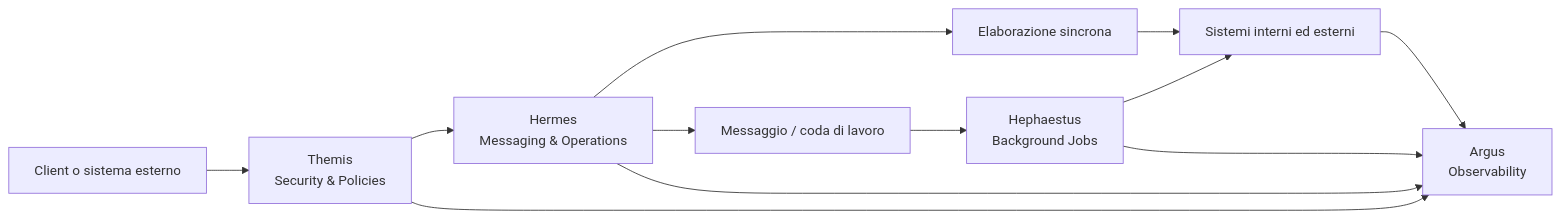
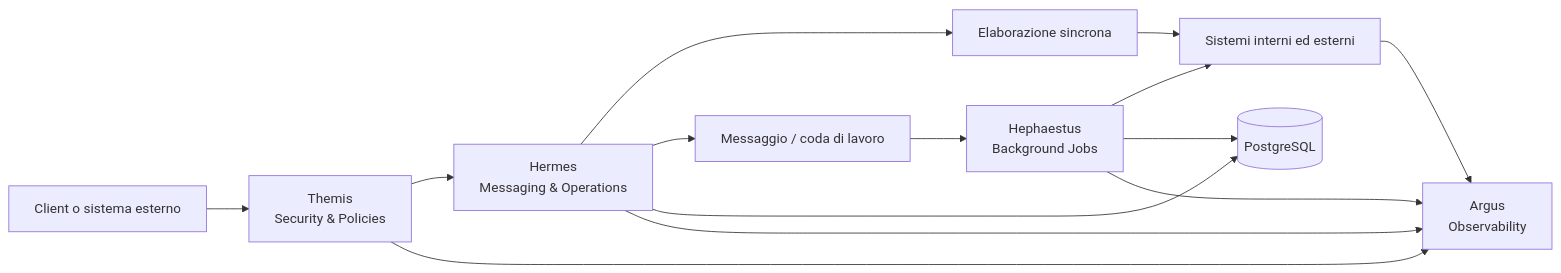
The first of 2 diagrams in README.md (VincenzoMatonti/PantheonOperationPlatform), drawn with Mermaid before and after one commit. The commit also changed other lines of this file, not shown here.

````diff
--- a/README.md
+++ b/README.md
@@ -57,15 +58,17 @@
 ```mermaid
 flowchart LR
     Consumer[Client o sistema esterno] --> Themis[Themis\nSecurity & Policies]
     Themis --> Hermes[Hermes\nMessaging & Operations]
     Hermes --> Sync[Elaborazione sincrona]
     Hermes --> Queue[Messaggio / coda di lavoro]
     Queue --> Hephaestus[Hephaestus\nBackground Jobs]
     Hephaestus --> Target[Sistemi interni ed esterni]
     Sync --> Target
 
+    Hermes --> Persistence[(PostgreSQL)]
+    Hephaestus --> Persistence
     Hermes --> Argus[Argus\nObservability]
     Hephaestus --> Argus
     Themis --> Argus
     Target --> Argus
 ```
````
